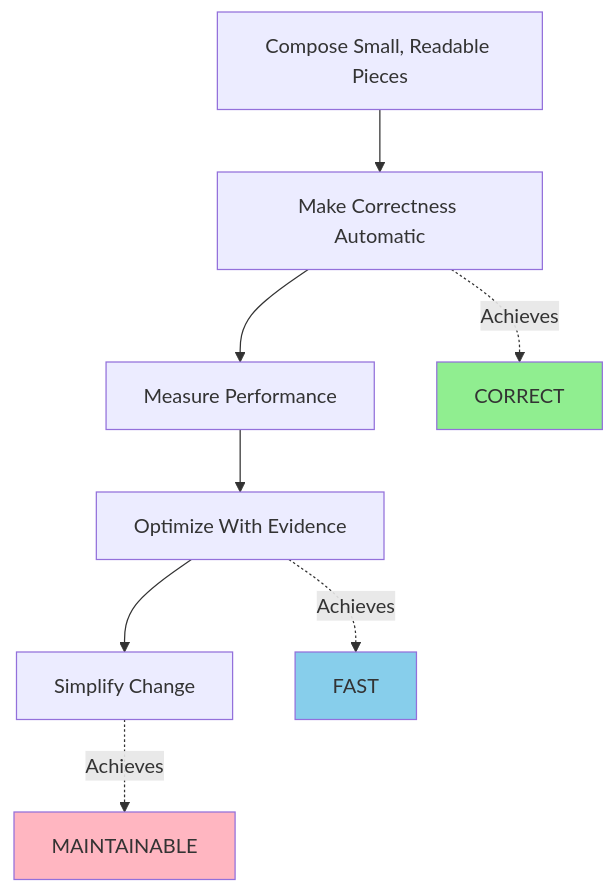
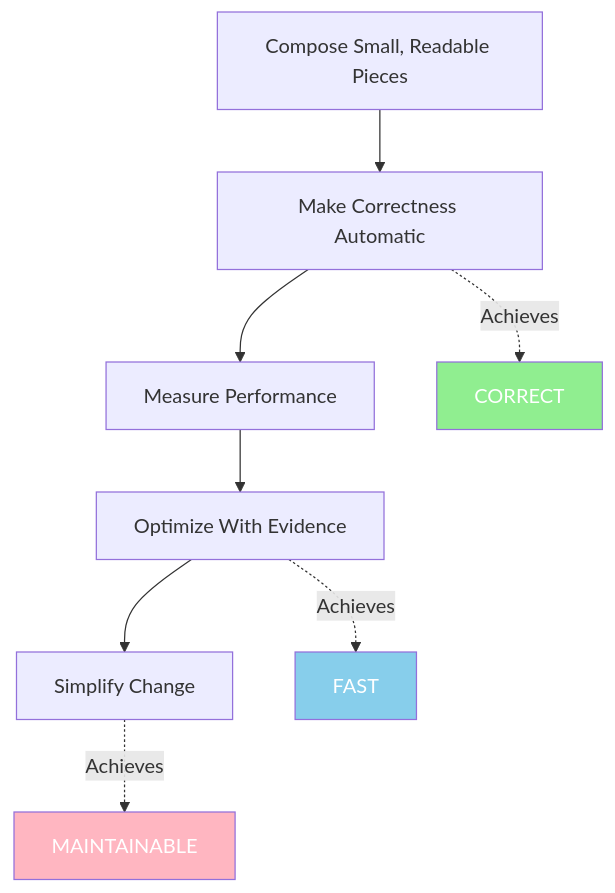
One commit to manoj-malviya-96/manoj-malviya-96 changed the diagram in README.md. Above: the diagram before and after it, drawn with Mermaid. The commit also changed other lines of this file, not shown here.

````diff
--- a/README.md
+++ b/README.md
@@ -56,15 +54,18 @@
 ```mermaid
 graph TD
     A[Compose Small, Readable Pieces] --> B[Make Correctness Automatic]
     B --> C[Measure Performance]
     C --> D[Optimize With Evidence]
     D --> E[Simplify Change]
     
     B -.->|Achieves| F[CORRECT]
     D -.->|Achieves| G[FAST]
     E -.->|Achieves| H[MAINTAINABLE]
     
     style F fill:#90EE90
+    style F color:#FFFFFF
     style G fill:#87CEEB
+    style G color:#FFFFFF
     style H fill:#FFB6C1
+    style H color:#FFFFFF
 ```
````
